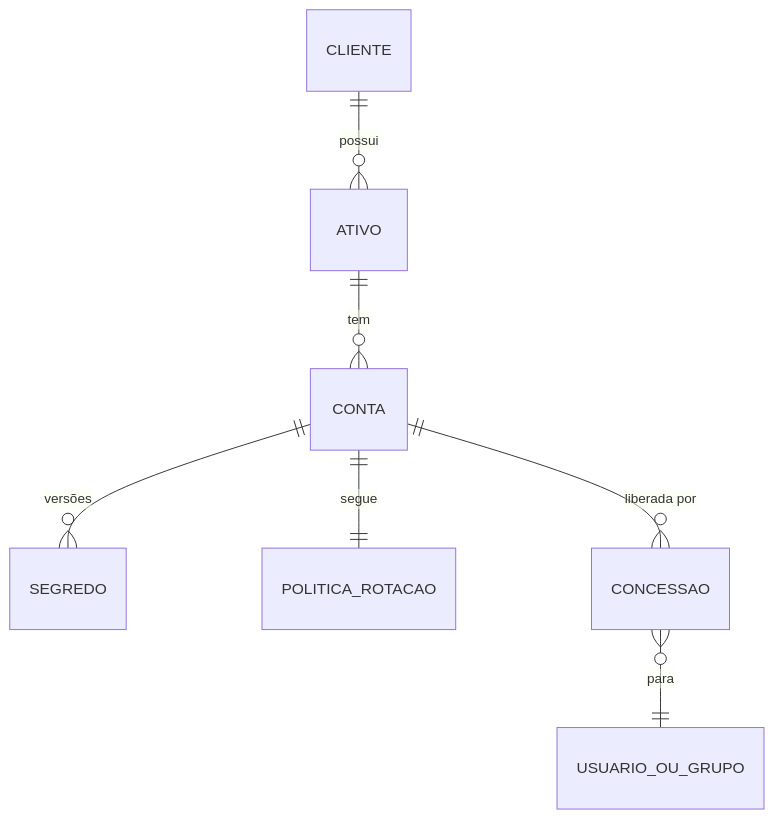
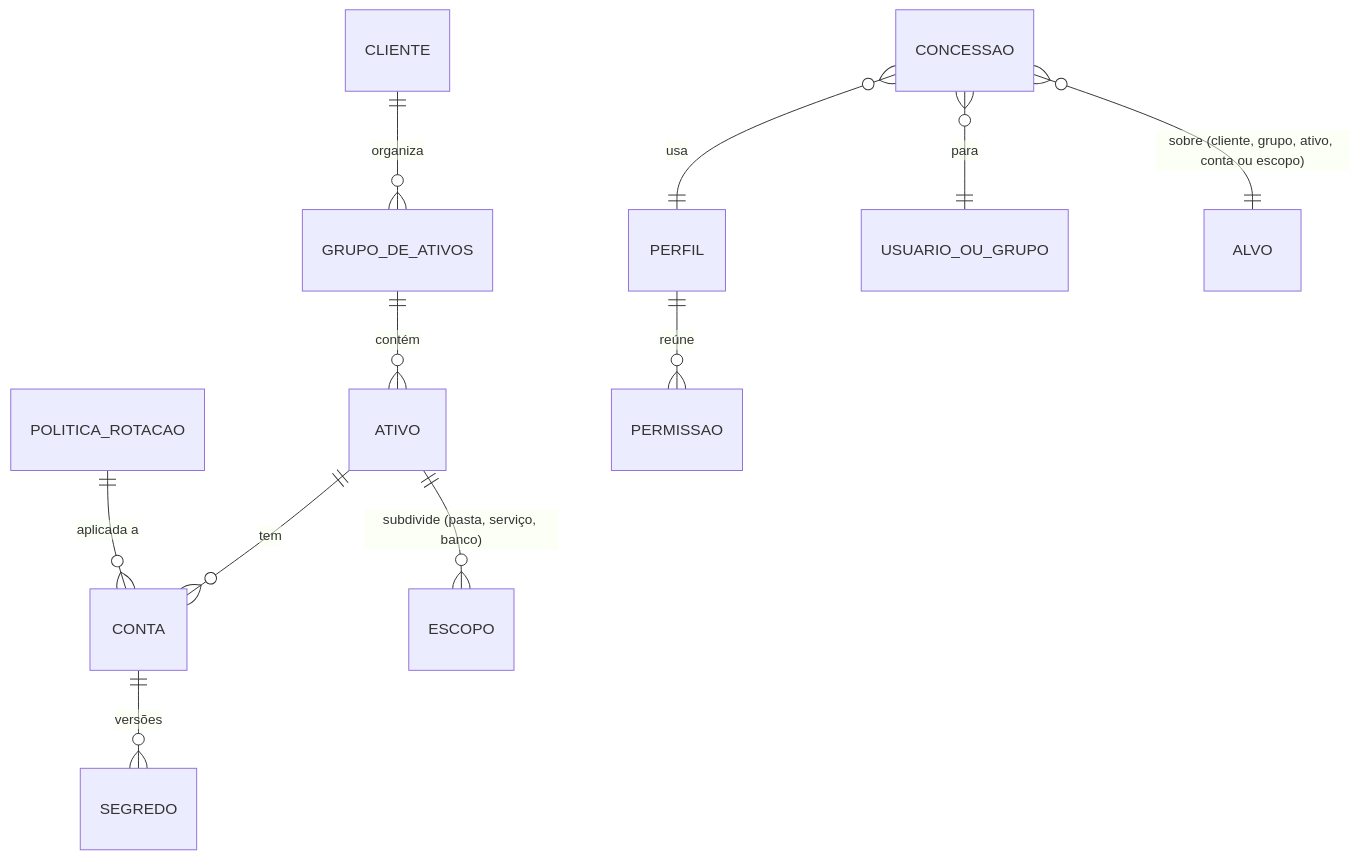
One commit to Sou-Nextec/rustdesk-api-web changed the third of 3 diagrams in nextec/sentinela/ARQUITETURA.md. Above: the diagram before and after it, drawn with Mermaid. The commit also changed other lines of this file and 1 other file, not shown here.

````diff
--- a/nextec/sentinela/ARQUITETURA.md
+++ b/nextec/sentinela/ARQUITETURA.md
@@ -156,9 +156,13 @@
 ```mermaid
 erDiagram
-    CLIENTE ||--o{ ATIVO : possui
+    CLIENTE ||--o{ GRUPO_DE_ATIVOS : organiza
+    GRUPO_DE_ATIVOS ||--o{ ATIVO : contém
     ATIVO ||--o{ CONTA : tem
+    ATIVO ||--o{ ESCOPO : "subdivide (pasta, serviço, banco)"
     CONTA ||--o{ SEGREDO : "versões"
-    CONTA ||--|| POLITICA_ROTACAO : segue
-    CONTA ||--o{ CONCESSAO : "liberada por"
+    POLITICA_ROTACAO ||--o{ CONTA : "aplicada a"
+    PERFIL ||--o{ PERMISSAO : reúne
+    CONCESSAO }o--|| PERFIL : usa
     CONCESSAO }o--|| USUARIO_OU_GRUPO : para
+    CONCESSAO }o--|| ALVO : "sobre (cliente, grupo, ativo, conta ou escopo)"
 ```
````
